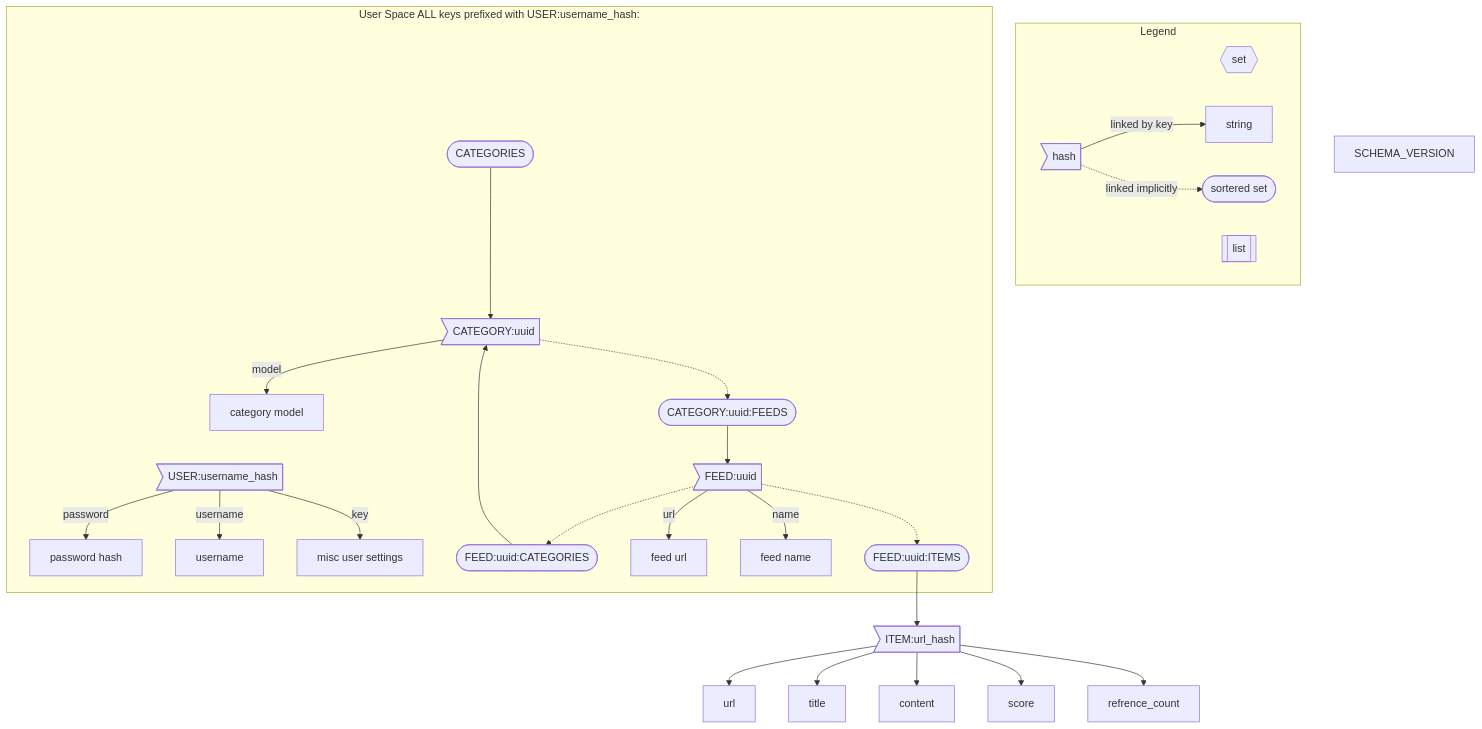
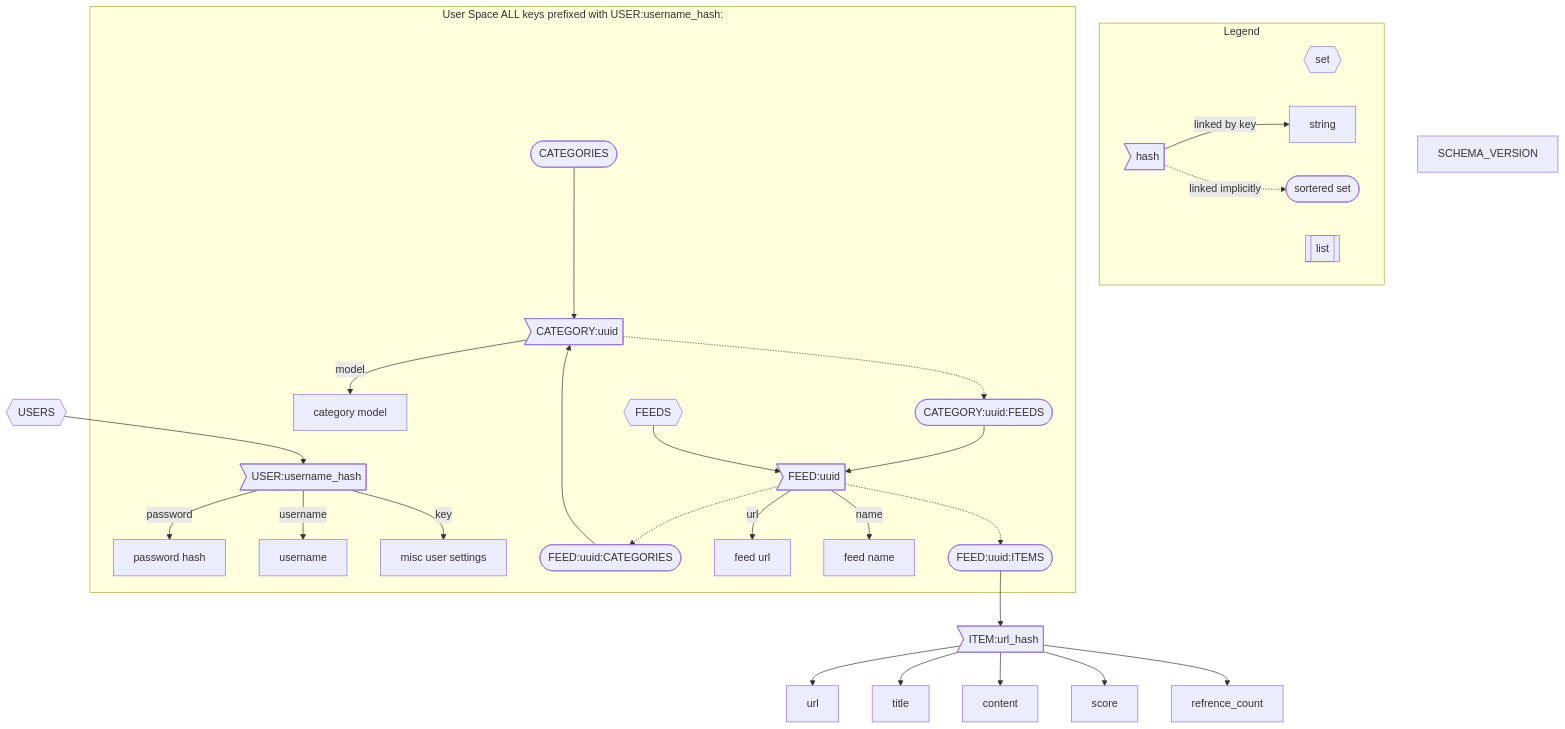
The diagram in README.md (mullinmax/aggy), drawn with Mermaid before and after one commit. The commit also changed 4 other files, not shown here.

````diff
--- a/README.md
+++ b/README.md
@@ -24,55 +24,58 @@
 ```mermaid
 flowchart TB
 
     subgraph Legend
         direction LR
         set{{set}}
         sorted_set([sortered set])
         string[string]
         hash>hash]
         list[[list]]
         hash --linked by key-->string
         hash -.linked implicitly.-> sorted_set
     end
 
     subgraph User Space ALL keys prefixed with USER:username_hash:
         user>USER:username_hash] 
         user--password--> password_hash[password hash]
         user--username--> username[username]
         user--key-->misc_user_settings[misc user settings]
         
         categories([CATEGORIES])
         category>CATEGORY:uuid]
         category_model[category model]
         category_feeds([CATEGORY:uuid:FEEDS])
         feed_categories([FEED:uuid:CATEGORIES])
+        feeds{{FEEDS}}
         feed>FEED:uuid]
         feed_url[feed url]
         feed_name[feed name]
         items([FEED:uuid:ITEMS])
 
         
         categories --> category
         
         category --model--> category_model
         category -.-> category_feeds
         category_feeds --> feed
+        feeds --> feed
         feed -.-> feed_categories
         feed_categories --> category
         feed --url--> feed_url
         feed --name--> feed_name
         feed -.-> items
 
         
     end
 
     items-->item
     item>ITEM:url_hash]
     item-->url
     item-->title
     item-->content
     item-->score
     item-->refrence_count
     schema_version[SCHEMA_VERSION]
+    users{{USERS}} --> user
 
 ```
````
